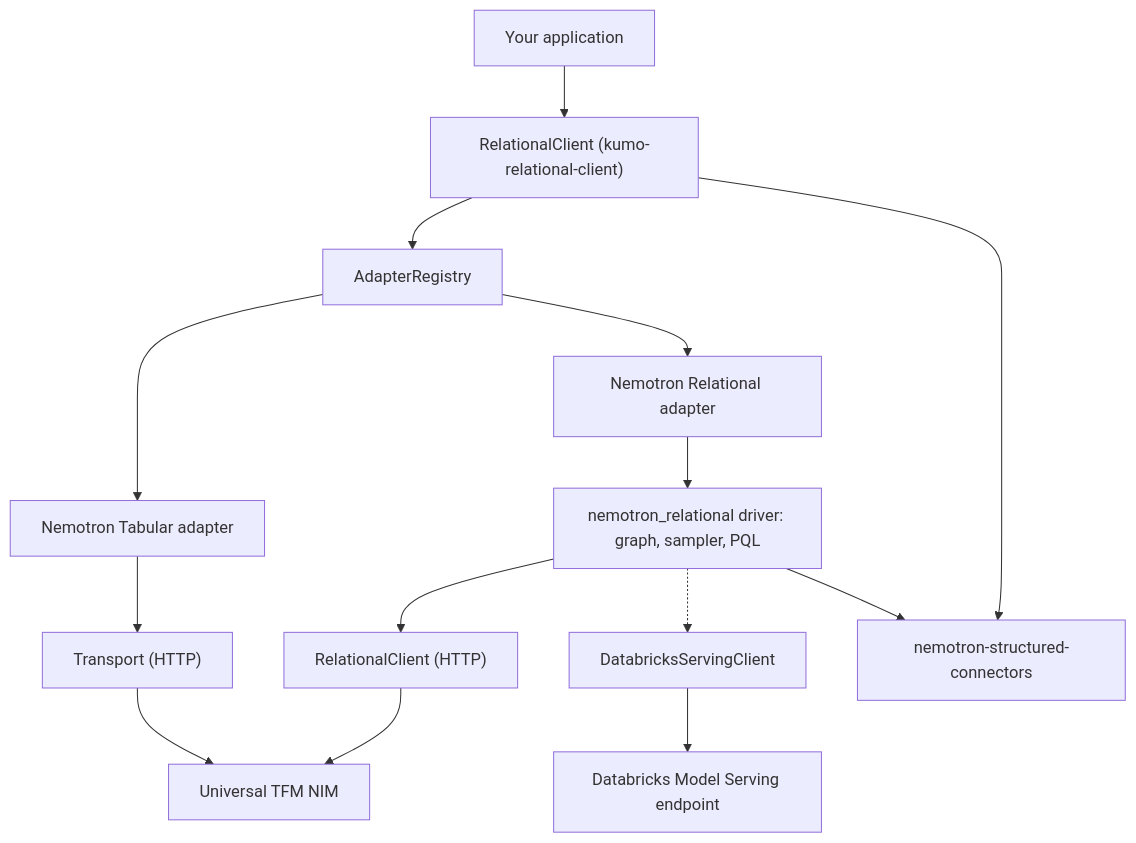
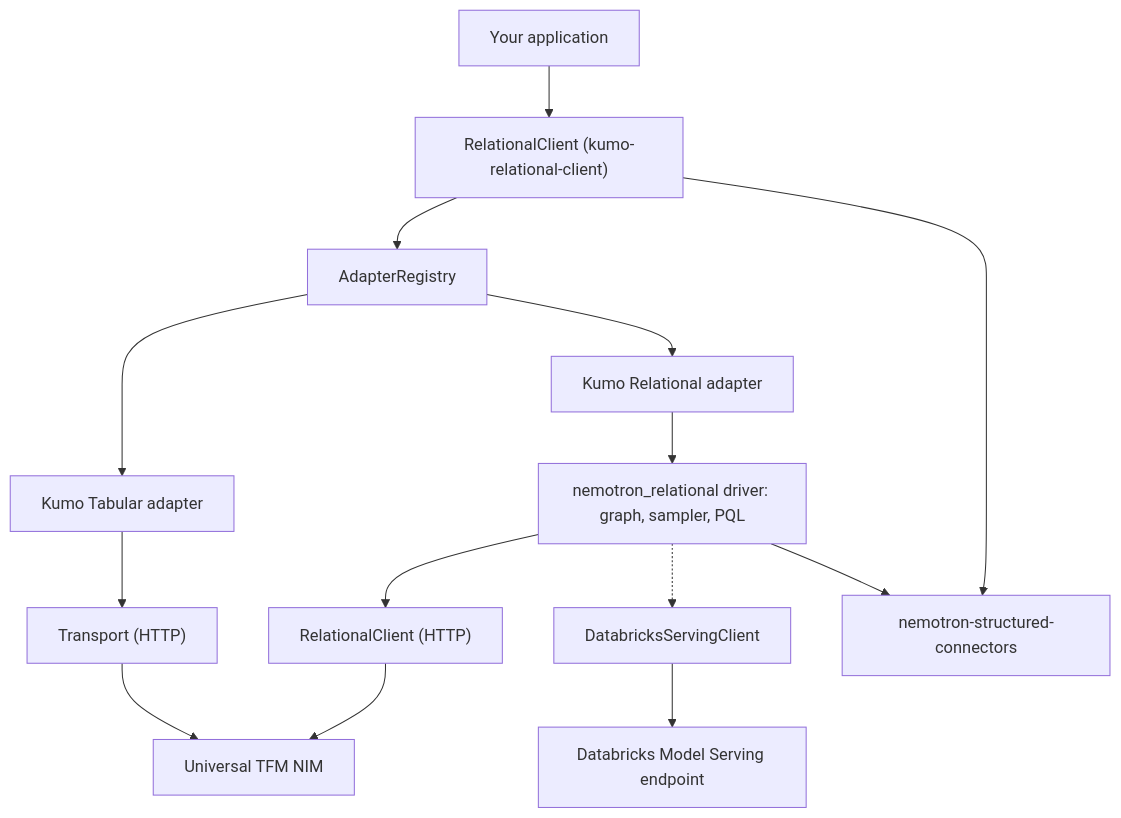
Before and after one commit to kumo-ai/kumo-relational-client: the diagram in docs/about/architecture.md, drawn with Mermaid. The commit also changed other lines of this file and 51 other files, not shown here.

First line of the commit message:
Call the models Kumo Relational and Kumo Tabular in prose

````diff
--- a/docs/about/architecture.md
+++ b/docs/about/architecture.md
@@ -15,16 +15,16 @@
 ```mermaid
 flowchart TD
     app["Your application"] --> client["RelationalClient (kumo-relational-client)"]
     client --> registry["AdapterRegistry"]
-    registry --> tabicl["Nemotron Tabular adapter"]
-    registry --> rfm["Nemotron Relational adapter"]
+    registry --> tabicl["Kumo Tabular adapter"]
+    registry --> rfm["Kumo Relational adapter"]
     rfm --> driver["nemotron_relational driver: graph, sampler, PQL"]
     tabicl --> transport["Transport (HTTP)"]
     driver --> kumoclient["RelationalClient (HTTP)"]
     driver -.-> serving["DatabricksServingClient"]
     transport --> nim["Universal TFM NIM"]
     kumoclient --> nim
     serving --> endpoint["Databricks Model Serving endpoint"]
     client --> connectors["nemotron-structured-connectors"]
     driver --> connectors
 ```
````
